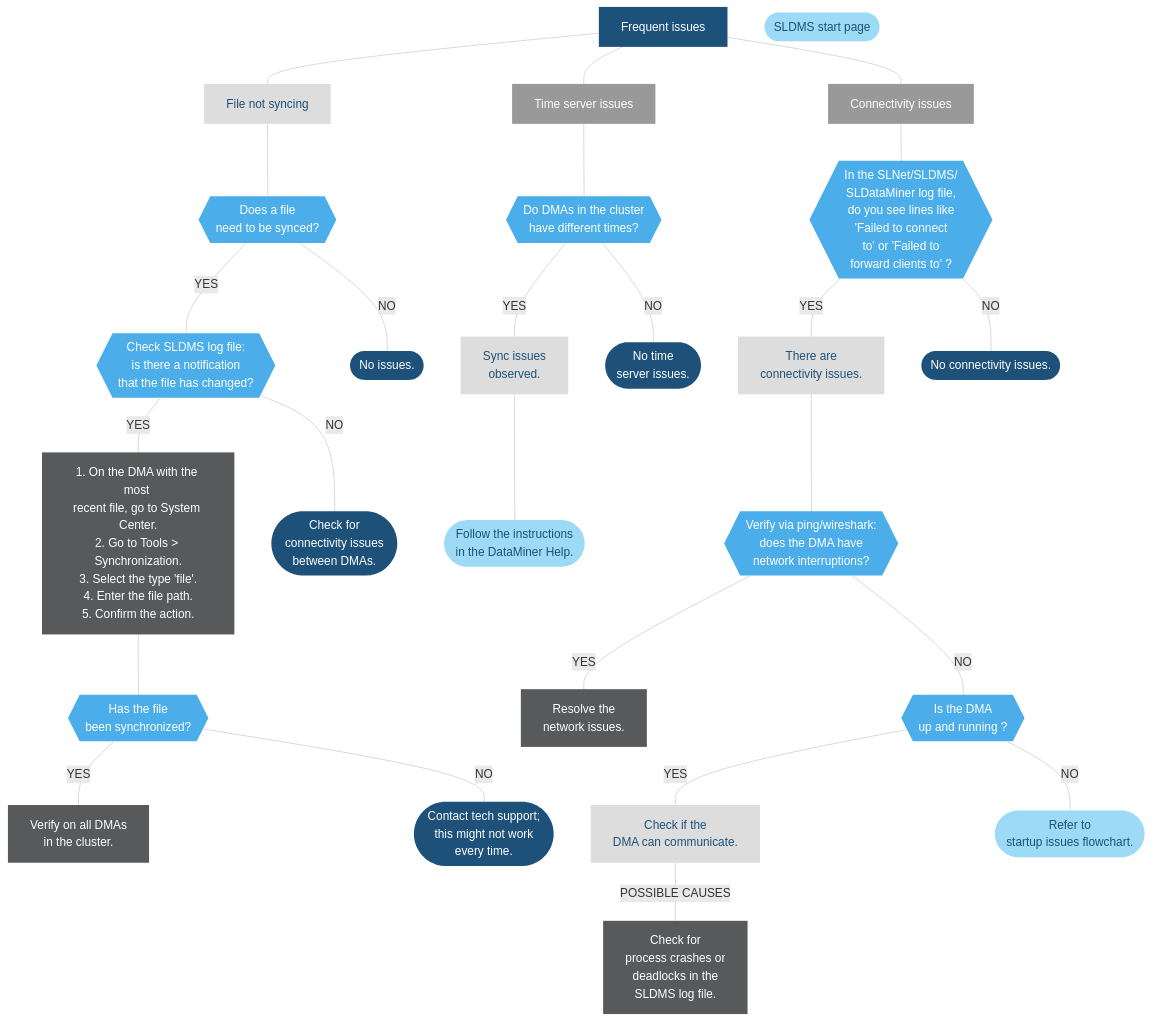
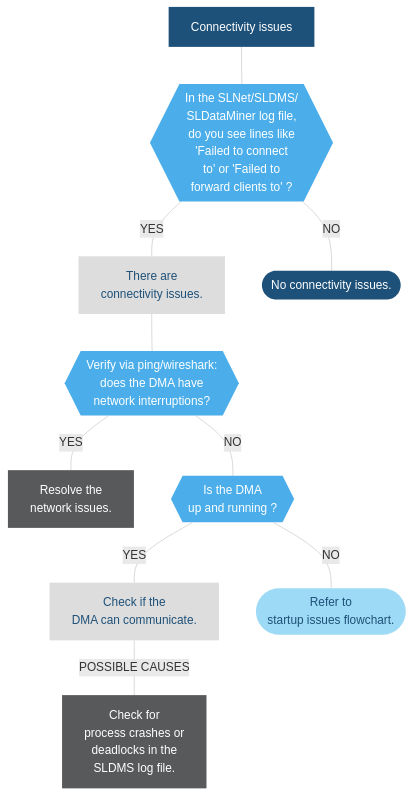
One commit to SkylineCommunications/dataminer-docs changed the fourth of 4 diagrams in user-guide/Troubleshooting/Troubleshooting_Flowcharts/Troubleshooting_Process_Identification/Communication_processes/SLDMS/SLDMS_Frequent_Issues.md. Above: the diagram before and after it, drawn with Mermaid. The commit also changed other lines of this file and 5 other files, not shown here.

```diff
--- a/user-guide/Troubleshooting/Troubleshooting_Flowcharts/Troubleshooting_Process_Identification/Communication_processes/SLDMS/SLDMS_Frequent_Issues.md
+++ b/user-guide/Troubleshooting/Troubleshooting_Flowcharts/Troubleshooting_Process_Identification/Communication_processes/SLDMS/SLDMS_Frequent_Issues.md
@@ -7,76 +118,41 @@
 <div class="mermaid">
 flowchart TD
 %% Define styles %%
 linkStyle default stroke:#cccccc
 classDef LightBlue fill:#9DDAF5,stroke:#000070,stroke-width:0px, color:#1E5179;
 classDef Blue fill:#4BAEEA,stroke:#000070,stroke-width:0px, color:#FFFFFF;
 classDef DarkBlue fill:#1E5179,stroke:#000070,stroke-width:0px, color:#FFFFFF;
 classDef DarkGray fill:#58595B,stroke:#000070,stroke-width:0px, color:#FFFFFF;
 classDef Gray fill:#999999,stroke:#000070,stroke-width:0px, color:#FFFFFF;
 classDef LightGray fill:#DDDDDD,stroke:#000070,stroke-width:0px, color:#1E5179;
 %% Define blocks %%
-START[Frequent issues]
-FNS[File not syncing]
-TSI[Time server issues]
 CI[Connectivity issues]
-SSP([SLDMS start page])
-Check{{Does a file <br/>need to be synced?}}
-Y1{{Check SLDMS log file: <br/> is there a notification <br/>that the file has changed?}}
-N1(["No issues."])
-Y2["1. On the DMA with the most <br>recent file, go to System Center.<br>2. Go to Tools > Synchronization.<br/>3. Select the type 'file'.<br/>4. Enter the file path.<br/>5. Confirm the action."]
-N2(["Check for <br>connectivity issues <br>between DMAs."])
-C{{Has the file <br>been synchronized?}}
-Y3["Verify on all DMAs <br/>in the cluster."]
-N3(["Contact tech support;<br/>this might not work <br>every time."])
-TSI1{{Do DMAs in the cluster <br/>have different times?}}
-Y4["Sync issues <br>observed."]
-N4(["No time <br>server issues."])
-R(["Follow the instructions<br>in the DataMiner Help."])
 CI1{{In the SLNet/SLDMS/<br>SLDataMiner log file, <br>do you see lines like <br>'Failed to connect <br>to' or 'Failed to <br>forward clients to' ?}}
 CI2[There are <br>connectivity issues.]
 CI3([No connectivity issues.])
 CI4{{Verify via ping/wireshark: <br>does the DMA have <br>network interruptions?}}
 CI5[Resolve the <br>network issues.]
 CI6{{Is the DMA <br>up and running ?}}
 CI7[Check if the <br>DMA can communicate.]
 CI8([Refer to <br>startup issues flowchart.])
 CI9[Check for <br>process crashes or <br>deadlocks in the <br>SLDMS log file.]
 %% Connect blocks %%
-START --- FNS
-START --- TSI
-START --- CI
-FNS --- Check
-Check --- |YES| Y1
-Check --- |NO| N1
-Y1 --- |YES| Y2
-Y1 --- |NO| N2
-Y2 --- C
-C --- |YES| Y3
-C --- |NO| N3
-TSI --- TSI1
-TSI1 --- |YES| Y4
-TSI1 --- |NO| N4
-Y4 --- R
 CI --- CI1
 CI1 --- |YES| CI2
 CI1 --- |NO| CI3
 CI2 --- CI4
 CI4 --- |YES| CI5
 CI4 --- |NO| CI6
 CI6 --- |YES| CI7
 CI6 --- |NO| CI8
 CI7 --- |POSSIBLE CAUSES| CI9
 %% Define hyperlinks %%
-click SSP "https://docs.dataminer.services/user-guide/Troubleshooting/Troubleshooting_Flowcharts/Troubleshooting_Process_Identification/Communication_processes/Troubleshooting_SLDMS_exe.html" "Go to SLDMS Start Page"
-click R "https://docs.dataminer.services/user-guide/Reference/faq/General_configuration.html#time-server" "DataMiner Help"
 click CI8 "https://docs.dataminer.services/user-guide/Troubleshooting/Troubleshooting_Flowcharts/Troubleshooting_Startup_Issues.html"
 click CI "#connectivity-issues"
-click TSI "#checking-for-time-server-issues"
 %% Apply styles to blocks %%
-class START,N4,N3,N1,N2,CI3 DarkBlue;
+class START,FNS,CI,TSI,N4,N3,N1,N2,CI3 DarkBlue;
 class Check,C,TSI1,Y1,CI4,CI6,CI1 Blue;
-class FNS,Y4,CI7,CI2 LightGray;
+class Y4,CI7,CI2 LightGray;
 class Y3,Y2,CI9,CI5 DarkGray;
 class R,SSP,CI8 LightBlue;
-class CI,TSI Gray;
 </div>
```
